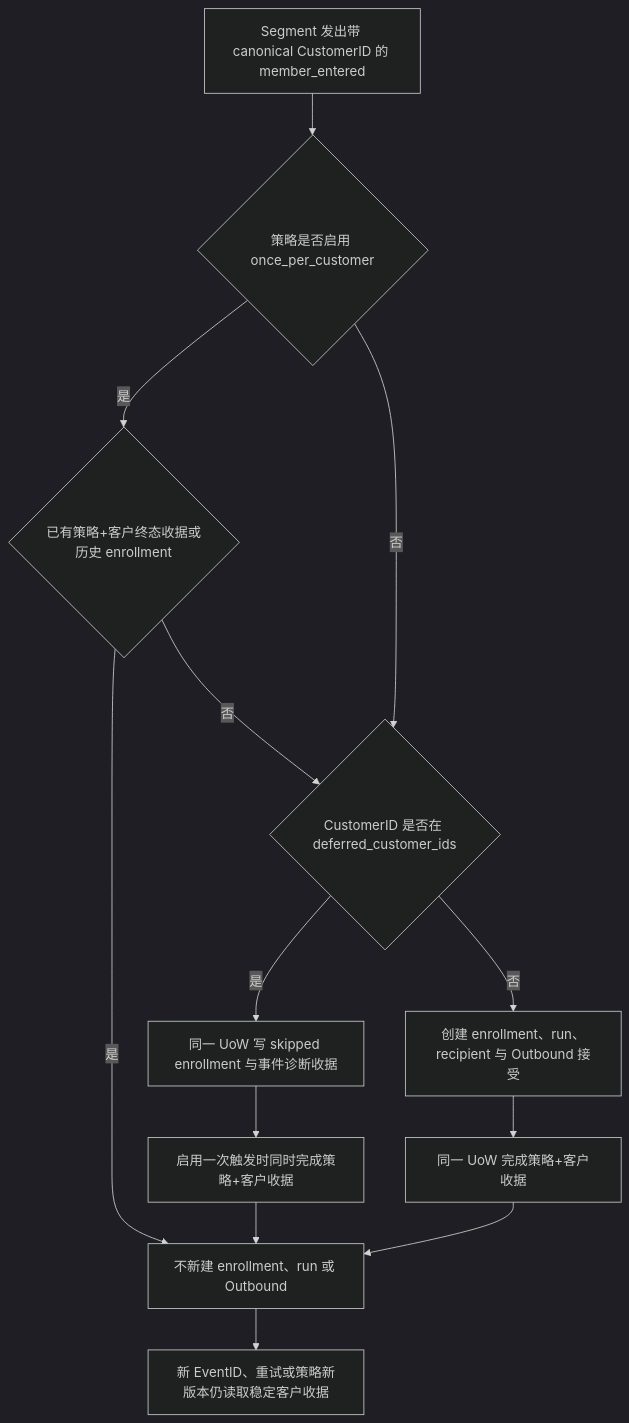
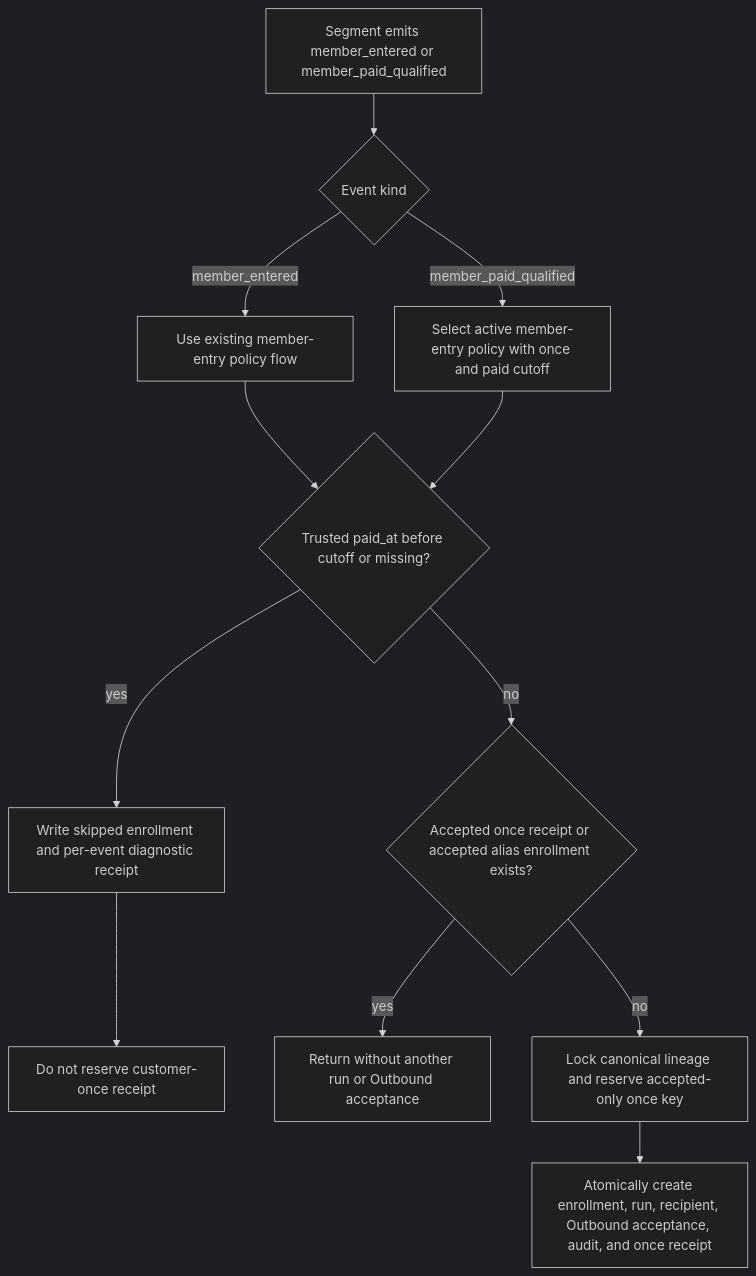
The diagram in docs/prd/2026-09-30-audience-historical-merge-deferral.md (qianlan33333-png/AI-CRM-v4), drawn with Mermaid (dark theme) before and after one commit. The commit also changed other lines of this file and 11 other files, not shown here.

````diff
--- a/docs/prd/2026-09-30-audience-historical-merge-deferral.md
+++ b/docs/prd/2026-09-30-audience-historical-merge-deferral.md
@@ -7,15 +9,14 @@
 ```mermaid
 flowchart TD
-  A[Segment 发出带 canonical CustomerID 的 member_entered] --> B{策略是否启用 once_per_customer}
-  B -->|是| C{已有策略+客户终态收据或历史 enrollment}
-  C -->|是| Z[不新建 enrollment、run 或 Outbound]
-  C -->|否| D{CustomerID 是否在 deferred_customer_ids}
-  B -->|否| D
-  D -->|是| E[同一 UoW 写 skipped enrollment 与事件诊断收据]
-  E --> F[启用一次触发时同时完成策略+客户收据]
-  D -->|否| G[创建 enrollment、run、recipient 与 Outbound 接受]
-  G --> H[同一 UoW 完成策略+客户收据]
-  F --> Z
-  H --> Z
-  Z --> I[新 EventID、重试或策略新版本仍读取稳定客户收据]
+  A[Segment emits member_entered or member_paid_qualified] --> B{Event kind}
+  B -->|member_entered| C[Use existing member-entry policy flow]
+  B -->|member_paid_qualified| D[Select active member-entry policy with once and paid cutoff]
+  C --> E{Trusted paid_at before cutoff or missing?}
+  D --> E
+  E -->|yes| F[Write skipped enrollment and per-event diagnostic receipt]
+  F --> G[Do not reserve customer-once receipt]
+  E -->|no| H{Accepted once receipt or accepted alias enrollment exists?}
+  H -->|yes| I[Return without another run or Outbound acceptance]
+  H -->|no| J[Lock canonical lineage and reserve accepted-only once key]
+  J --> K[Atomically create enrollment, run, recipient, Outbound acceptance, audit, and once receipt]
 ```
````
